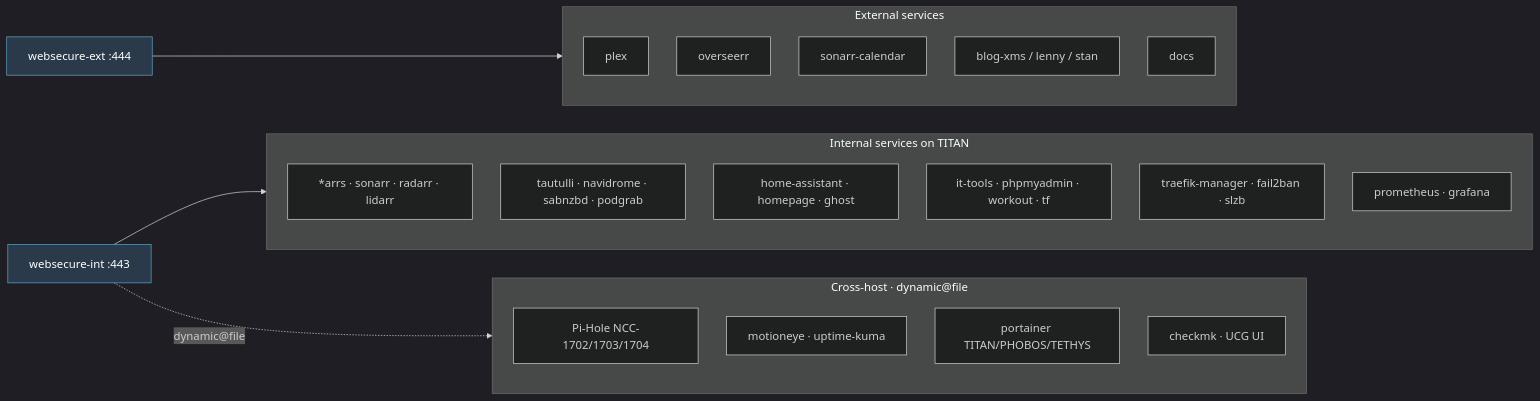
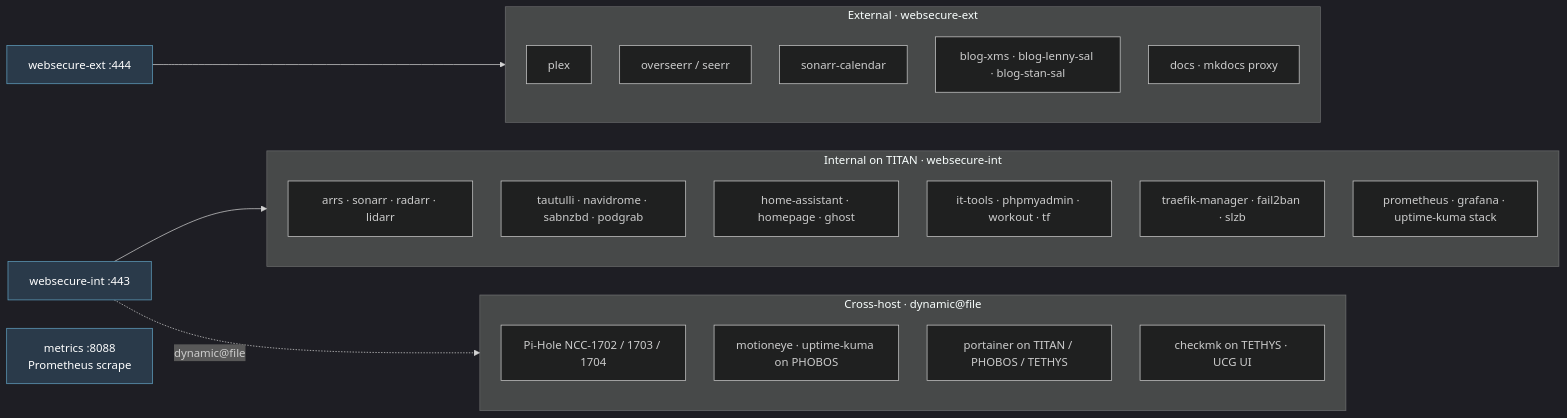
One commit to Xanderlicious/mkdocs changed the fourth of 5 diagrams in docs/homelabinfra.md. Above: the diagram before and after it, drawn with Mermaid. The commit also changed other lines of this file, not shown here.

Commit message:
updated the mermaid code again

````diff
--- a/docs/homelabinfra.md
+++ b/docs/homelabinfra.md
@@ -120,39 +141,40 @@
 ```mermaid
 %%{init: {'theme':'dark','flowchart':{'nodeSpacing':40,'rankSpacing':60}}}%%
 flowchart LR
     EXT[websecure-ext :444]:::ep
     INT[websecure-int :443]:::ep
+    METRICS[metrics :8088<br/>Prometheus scrape]:::ep
 
-    subgraph EXTSVC[External services]
+    subgraph EXTSVC[External · websecure-ext]
         direction TB
         E1[plex]
-        E2[overseerr]
+        E2[overseerr / seerr]
         E3[sonarr-calendar]
-        E4[blog-xms / lenny / stan]
-        E5[docs]
+        E4[blog-xms · blog-lenny-sal · blog-stan-sal]
+        E5[docs · mkdocs proxy]
     end
 
-    subgraph INTSVC[Internal services on TITAN]
+    subgraph INTSVC[Internal on TITAN · websecure-int]
         direction TB
-        I1[*arrs · sonarr · radarr · lidarr]
+        I1[arrs · sonarr · radarr · lidarr]
         I2[tautulli · navidrome · sabnzbd · podgrab]
         I3[home-assistant · homepage · ghost]
         I4[it-tools · phpmyadmin · workout · tf]
         I5[traefik-manager · fail2ban · slzb]
-        I6[prometheus · grafana]
+        I6[prometheus · grafana · uptime-kuma stack]
     end
 
     subgraph DYN[Cross-host · dynamic@file]
         direction TB
-        D1[Pi-Hole NCC-1702/1703/1704]
-        D2[motioneye · uptime-kuma]
-        D3[portainer TITAN/PHOBOS/TETHYS]
-        D4[checkmk · UCG UI]
+        D1[Pi-Hole NCC-1702 / 1703 / 1704]
+        D2[motioneye · uptime-kuma on PHOBOS]
+        D3[portainer on TITAN / PHOBOS / TETHYS]
+        D4[checkmk on TETHYS · UCG UI]
     end
 
     EXT --> EXTSVC
     INT --> INTSVC
     INT -. "dynamic@file" .-> DYN
 
     classDef ep fill:#2a3a4a,stroke:#60a0c0,color:#fff
 ```
````
